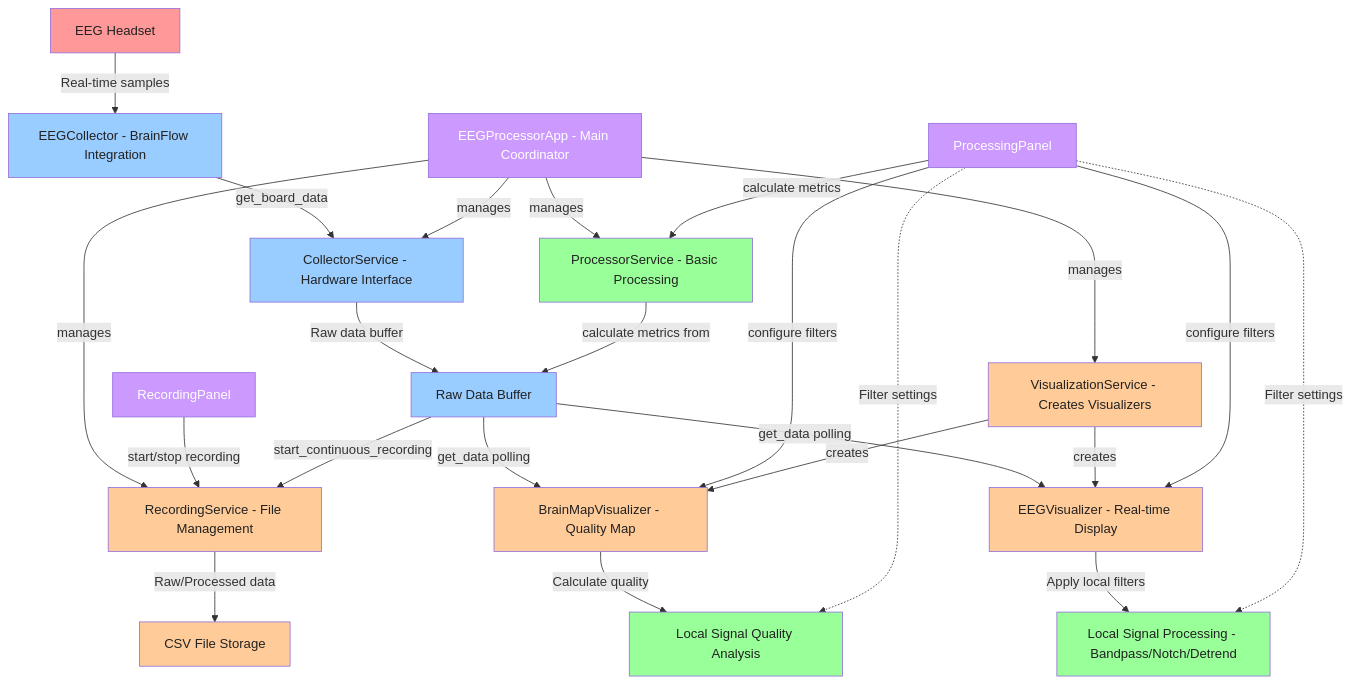
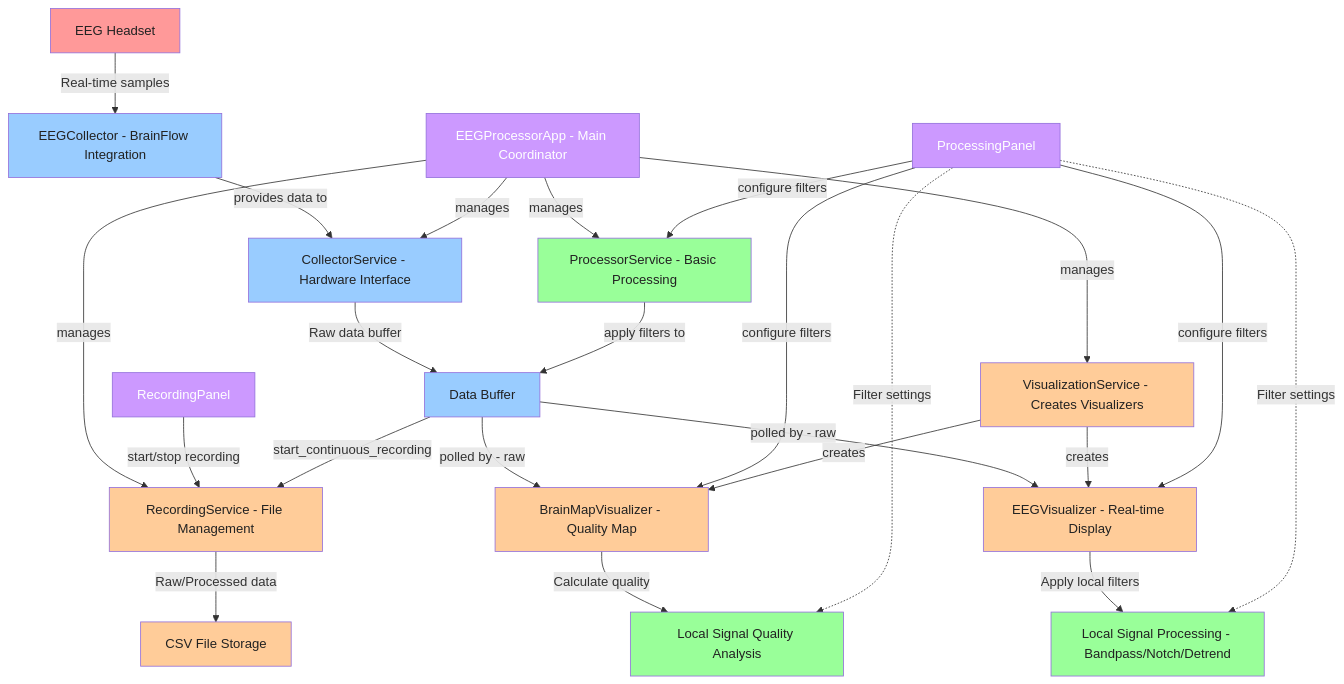
Before and after one commit to PabloSoage/NeuroSync-Framework: the diagram in Diagrams/EegProcessor/ep_samples_flowchart_it2.md, drawn with Mermaid.

````diff
--- a/Diagrams/EegProcessor/ep_samples_flowchart_it2.md
+++ b/Diagrams/EegProcessor/ep_samples_flowchart_it2.md
@@ -1,57 +1,57 @@
 ```mermaid
 flowchart TD
     %% Hardware Layer
     A[EEG Headset] -->|Real-time samples| B[EEGCollector - BrainFlow Integration]
     
     %% Service Layer
-    B -->|get_board_data| C[CollectorService - Hardware Interface]
-    C -->|Raw data buffer| D[Raw Data Buffer]
+    B -->|provides data to| C[CollectorService - Hardware Interface]
+    C -->|Raw data buffer| D[Data Buffer]
     
     %% Visualization Branch - Direct Access
-    D -->|get_data polling| E[EEGVisualizer - Real-time Display]
-    D -->|get_data polling| F[BrainMapVisualizer - Quality Map]
+    D -->|polled by - raw| E[EEGVisualizer - Real-time Display]
+    D -->|polled by - raw| F[BrainMapVisualizer - Quality Map]
     
     %% Local Processing in Visualizers
     E -->|Apply local filters| G[Local Signal Processing - Bandpass/Notch/Detrend]
     F -->|Calculate quality| H[Local Signal Quality Analysis]
     
     %% Recording Branch - Direct Access
     I -->|Raw/Processed data| J[CSV File Storage]
     
     %% Processing Service - Metrics Calculation
-    K[ProcessorService - Basic Processing] -->|calculate metrics from| D
+    K[ProcessorService - Basic Processing] -->|apply filters to| D
     
     %% UI Control Layer
     M[EEGProcessorApp - Main Coordinator] -->|manages| C
     M -->|manages| N[VisualizationService - Creates Visualizers]
     M -->|manages| I[RecordingService - File Management]
     M -->|manages| K
     
     %% UI Panel Controls
     N -->|creates| E
     
     O[ProcessingPanel] -->|configure filters| E
     O -->|configure filters| F
     N -->|creates| F
-    O -->|calculate metrics| K
+    O -->|configure filters| K
     P[RecordingPanel] -->|start/stop recording| I
 
     D -->|start_continuous_recording| I
     
     %% Filter Configuration Flow
     O -.->|Filter settings| G
     O -.->|Filter settings| H
     
     %% Styling
     classDef hardware fill:#ff9999,color:#222
     classDef services fill:#99ccff,color:#222
     classDef processing fill:#99ff99,color:#222
     classDef visualization fill:#ffcc99,color:#222
     classDef control fill:#cc99ff,color:#fff
     
     class A hardware
     class B,C,D services
     class G,H,K processing
     class E,F,I,J,N visualization
     class M,O,P control
 ```
````
